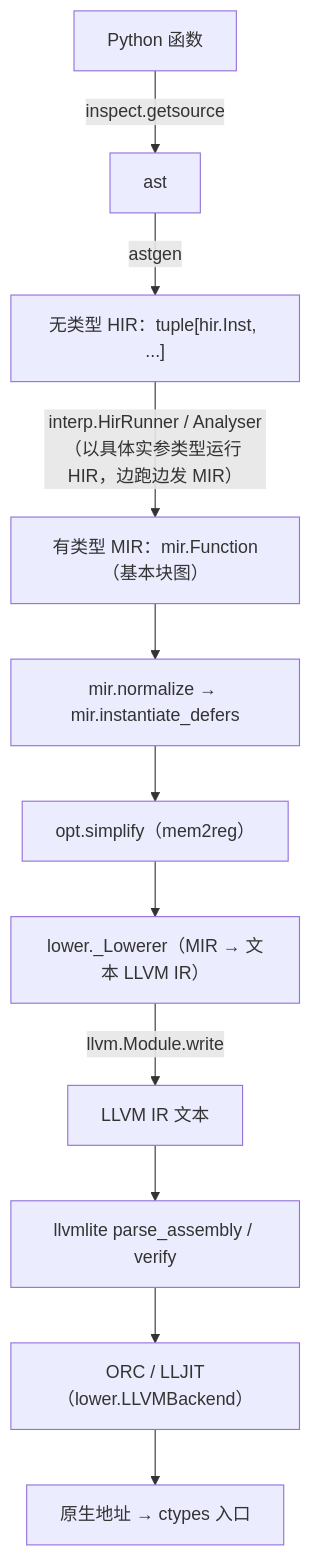
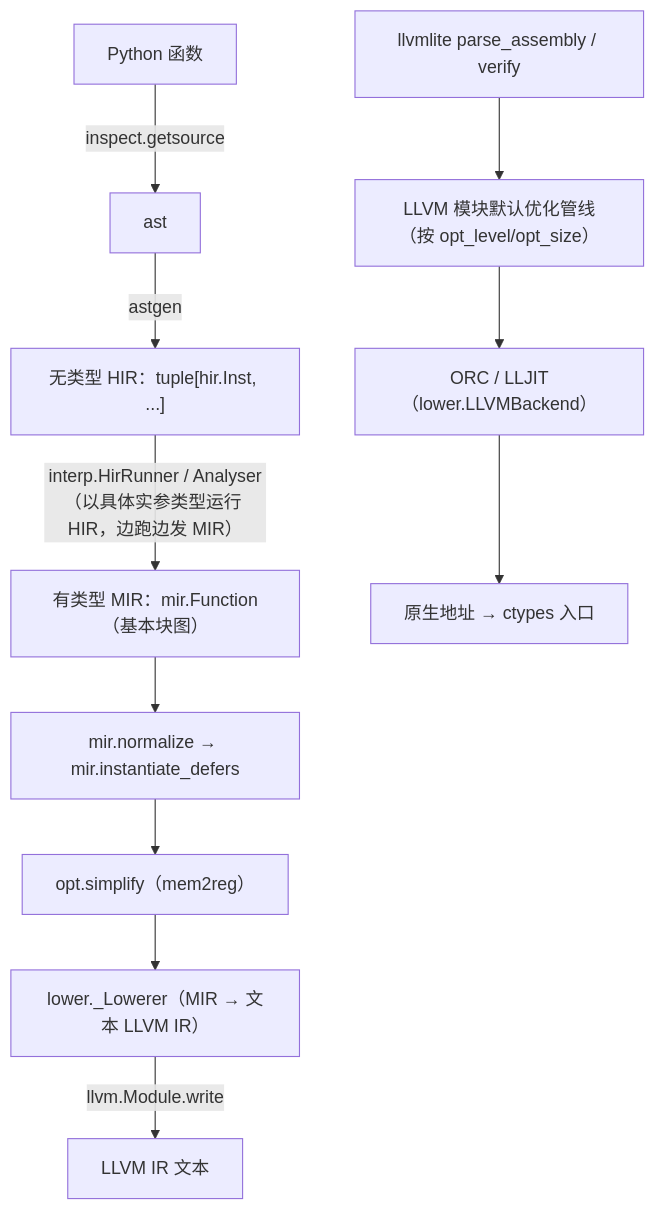
Before and after one commit to Hadron67/spy: the diagram in doc/zh/implementation.md, drawn with Mermaid. The commit also changed other lines of this file and 15 other files, not shown here.

Commit message:
feat(jit): add LLVM optimization pipeline and clang-style union reinterpretation

````diff
--- a/doc/zh/implementation.md
+++ b/doc/zh/implementation.md
@@ -10,13 +10,14 @@
 ```mermaid
 flowchart TD
     PY["Python 函数"] -->|inspect.getsource| AST["ast"]
     AST -->|astgen| HIR["无类型 HIR：tuple[hir.Inst, ...]"]
     HIR -->|"interp.HirRunner / Analyser（以具体实参类型运行 HIR，边跑边发 MIR）"| MIR["有类型 MIR：mir.Function（基本块图）"]
     MIR --> NORM["mir.normalize → mir.instantiate_defers"]
     NORM --> OPT["opt.simplify（mem2reg）"]
     OPT --> LOWER["lower._Lowerer（MIR → 文本 LLVM IR）"]
     LOWER -->|llvm.Module.write| TEXT["LLVM IR 文本"]
-    TEXT --> VERIFY["llvmlite parse_assembly / verify"]
-    VERIFY --> JIT["ORC / LLJIT（lower.LLVMBackend）"]
+    VERIFY["llvmlite parse_assembly / verify"]
+    VERIFY --> OPTLLVM["LLVM 模块默认优化管线（按 opt_level/opt_size）"]
+    OPTLLVM --> JIT["ORC / LLJIT（lower.LLVMBackend）"]
     JIT --> NATIVE["原生地址 → ctypes 入口"]
 ```
````
